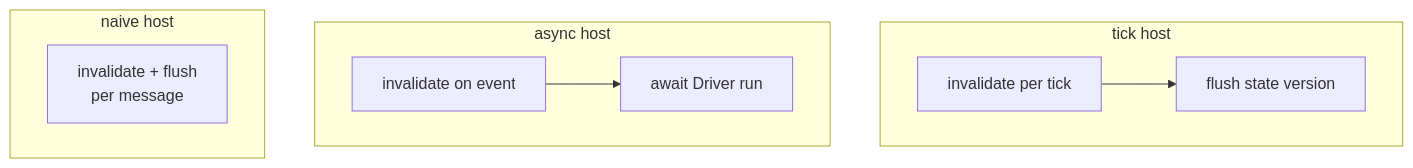
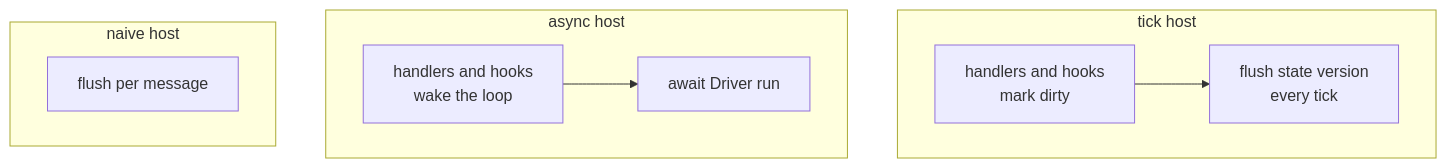
Before and after one commit to aaron-riact/flyrail: the eighth of 8 diagrams in docs/how-it-works.md, drawn with Mermaid. The commit also changed other lines of this file and 6 other files, not shown here.

First line of the commit message:
fix(dispatch): mark the layout dirty, so the version gate can work

````diff
--- a/docs/how-it-works.md
+++ b/docs/how-it-works.md
@@ -198,16 +198,16 @@
 ```mermaid
 flowchart TD
     subgraph K["tick host"]
-        K1["invalidate per tick"]
-        K2["flush state version"]
+        K1["handlers and hooks<br/>mark dirty"]
+        K2["flush state version<br/>every tick"]
     end
     subgraph Y["async host"]
-        Y1["invalidate on event"]
+        Y1["handlers and hooks<br/>wake the loop"]
         Y2["await Driver run"]
     end
     subgraph N["naive host"]
-        N1["invalidate + flush<br/>per message"]
+        N1["flush per message"]
     end
     K1 --> K2
     Y1 --> Y2
 ```
````
